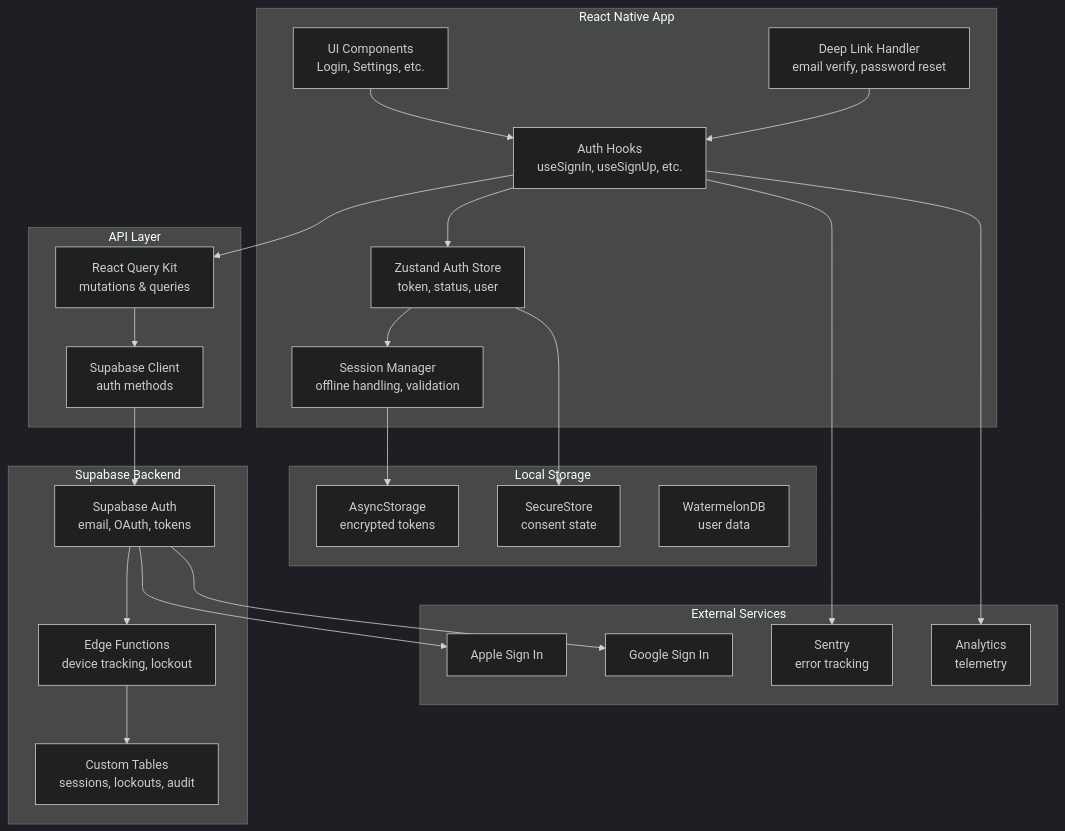
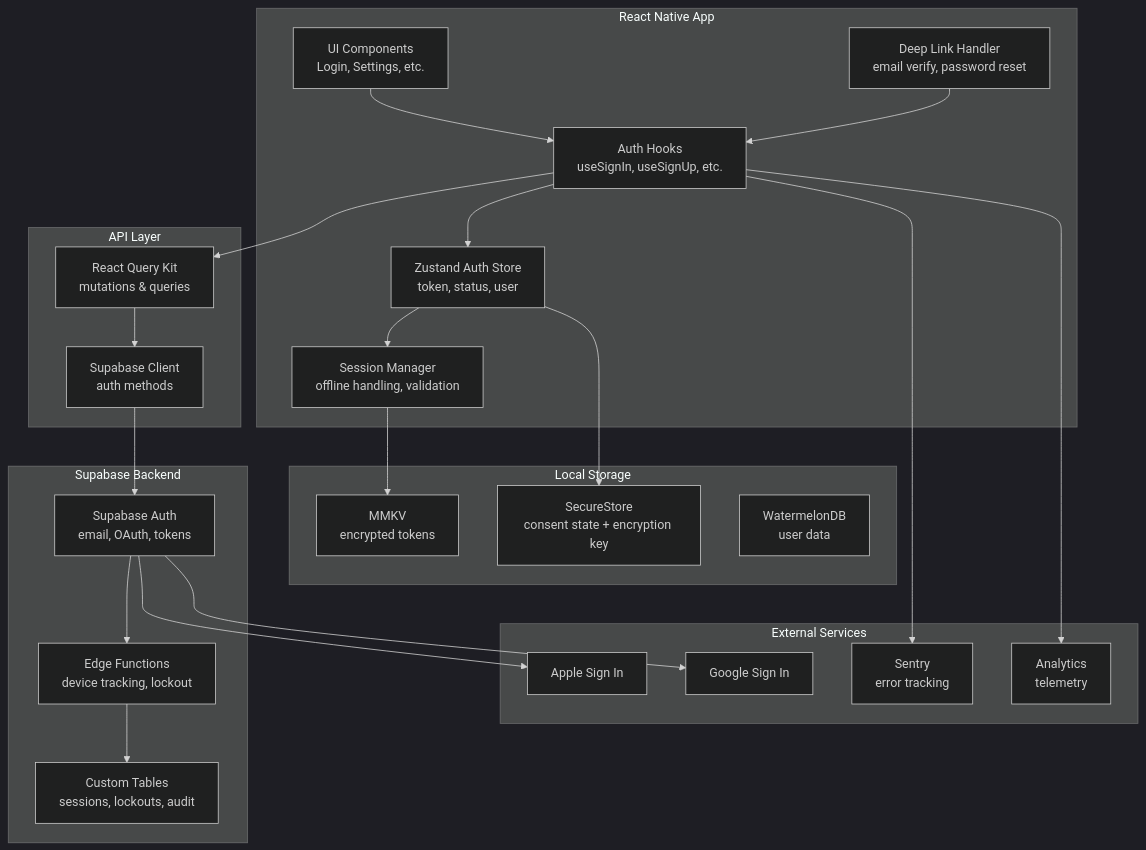
Before and after one commit to jp2507-max/GrowBro: the first of 3 diagrams in .kiro/specs/23. authentication-account-lifecycle/design.md, drawn with Mermaid (dark theme). The commit also changed other lines of this file and 41 other files, not shown here.

````diff
--- a/.kiro/specs/23. authentication-account-lifecycle/design.md
+++ b/.kiro/specs/23. authentication-account-lifecycle/design.md
@@ -28,50 +28,50 @@
 ```mermaid
 graph TB
     subgraph "React Native App"
         UI[UI Components<br/>Login, Settings, etc.]
         AuthHooks[Auth Hooks<br/>useSignIn, useSignUp, etc.]
         AuthStore[Zustand Auth Store<br/>token, status, user]
         SessionMgr[Session Manager<br/>offline handling, validation]
         DeepLink[Deep Link Handler<br/>email verify, password reset]
     end
 
     subgraph "API Layer"
         ReactQuery[React Query Kit<br/>mutations & queries]
         SupabaseClient[Supabase Client<br/>auth methods]
     end
 
     subgraph "Local Storage"
-        AsyncStorage[AsyncStorage<br/>encrypted tokens]
-        SecureStore[SecureStore<br/>consent state]
+        MMKV[MMKV<br/>encrypted tokens]
+        SecureStore[SecureStore<br/>consent state + encryption key]
         WatermelonDB[WatermelonDB<br/>user data]
     end
 
     subgraph "Supabase Backend"
         SupabaseAuth[Supabase Auth<br/>email, OAuth, tokens]
         EdgeFunctions[Edge Functions<br/>device tracking, lockout]
         CustomTables[Custom Tables<br/>sessions, lockouts, audit]
     end
 
     subgraph "External Services"
         AppleOAuth[Apple Sign In]
         GoogleOAuth[Google Sign In]
         Sentry[Sentry<br/>error tracking]
         Analytics[Analytics<br/>telemetry]
     end
 
     UI --> AuthHooks
     AuthHooks --> ReactQuery
     AuthHooks --> AuthStore
     AuthStore --> SessionMgr
-    SessionMgr --> AsyncStorage
+    SessionMgr --> MMKV
     ReactQuery --> SupabaseClient
     SupabaseClient --> SupabaseAuth
     SupabaseAuth --> EdgeFunctions
     EdgeFunctions --> CustomTables
     SupabaseAuth --> AppleOAuth
     SupabaseAuth --> GoogleOAuth
     DeepLink --> AuthHooks
     AuthHooks --> Sentry
     AuthHooks --> Analytics
     AuthStore --> SecureStore
 ```
````
